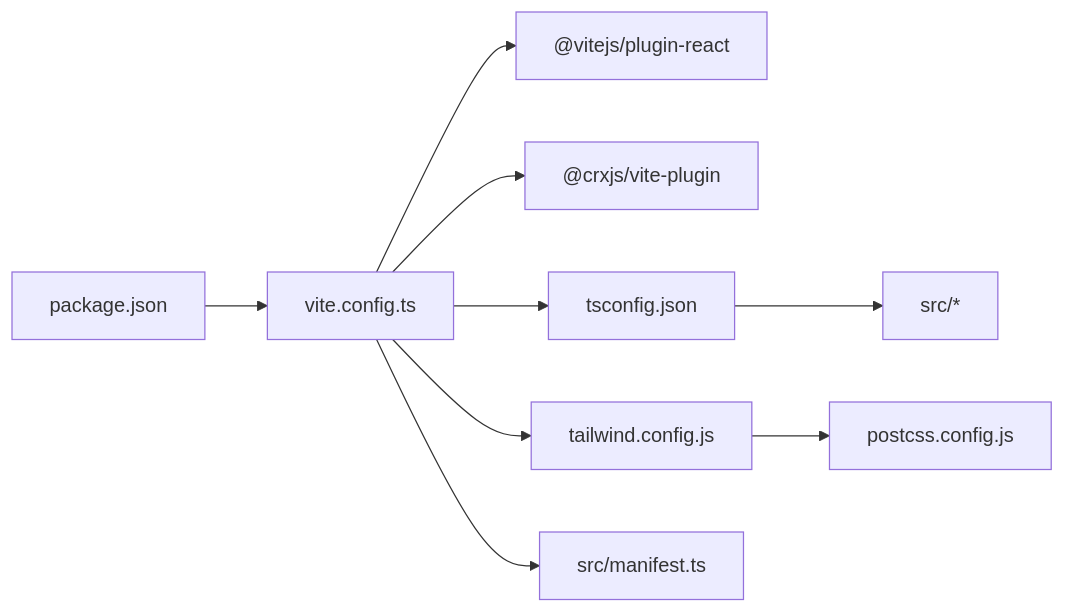
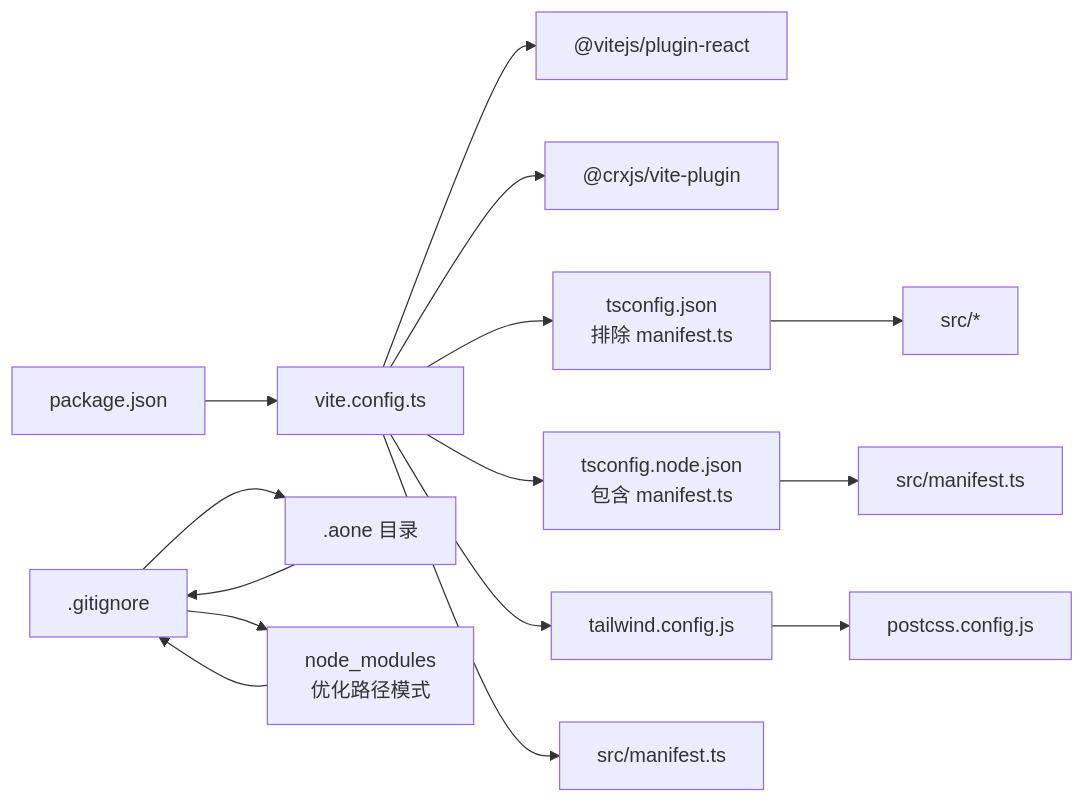
Before and after one commit to RadiumAg/bilibili-favorites: the seventh of 7 diagrams in .qoder/repowiki/zh/content/开发指南/构建配置详解.md, drawn with Mermaid. The commit also changed other lines of this file and 27 other files, not shown here.

````diff
--- a/.qoder/repowiki/zh/content/开发指南/构建配置详解.md
+++ b/.qoder/repowiki/zh/content/开发指南/构建配置详解.md
@@ -300,11 +362,17 @@
 ```mermaid
 graph LR
 P["package.json"] --> V["vite.config.ts"]
 V --> R["@vitejs/plugin-react"]
 V --> C["@crxjs/vite-plugin"]
-V --> TSC["tsconfig.json"]
+V --> TSC["tsconfig.json<br/>排除 manifest.ts"]
+V --> TSCN["tsconfig.node.json<br/>包含 manifest.ts"]
 TSC --> SRC["src/*"]
+TSCN --> MAN["src/manifest.ts"]
 V --> TW["tailwind.config.js"]
 TW --> PC["postcss.config.js"]
 V --> M["src/manifest.ts"]
+GI[".gitignore"] --> AONE[".aone 目录"]
+GI --> NM["node_modules<br/>优化路径模式"]
+AONE --> GI
+NM --> GI
 ```
````
